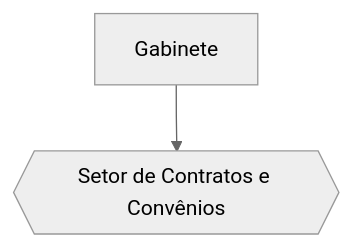
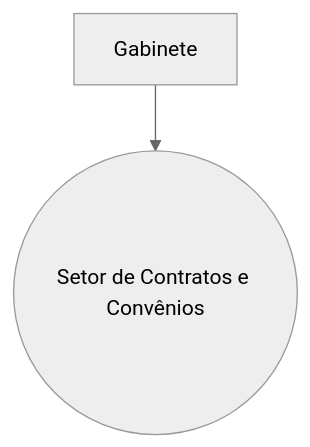
Before and after one commit to iepha-mg/manual.appi: the second of 4 diagrams in paginas/marcos_regulatorios/MRFC/TEC/README.md, drawn with Mermaid (neutral theme). The commit also changed other lines of this file, not shown here.

```diff
--- a/paginas/marcos_regulatorios/MRFC/TEC/README.md
+++ b/paginas/marcos_regulatorios/MRFC/TEC/README.md
@@ -145,4 +145,4 @@
 <div class="mermaid">
     flowchart TD
-    A["Gabinete"] --> B{{"Setor de Contratos e Convênios"}}
+    A["Gabinete"] --> B(("Setor de Contratos e Convênios"))
 </div>
```
